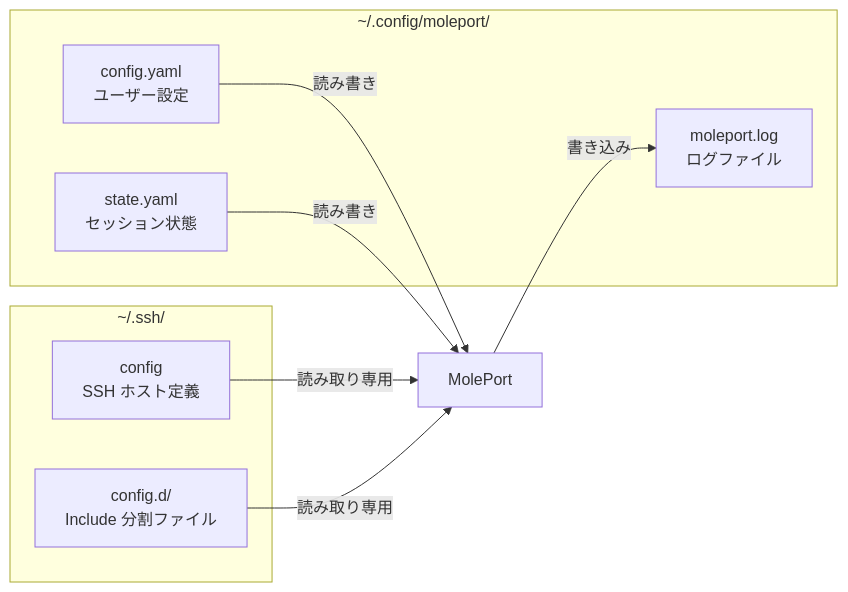
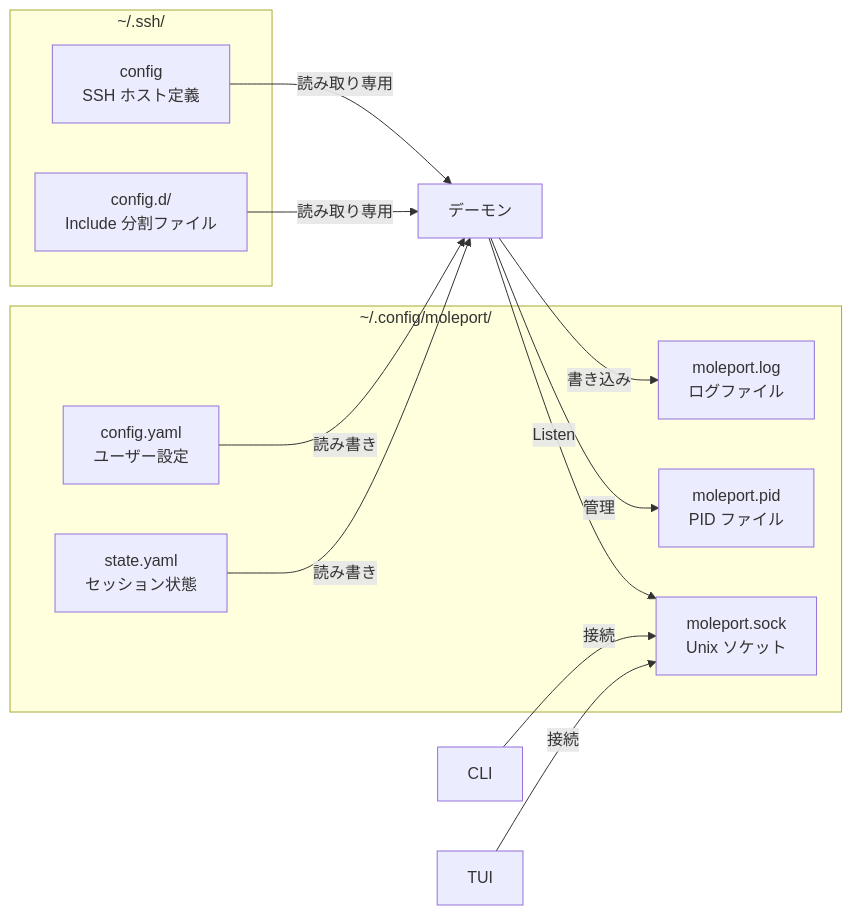
Before and after one commit to ousiassllc/MolePort: the first of 4 diagrams in docs/architecture/data-model.md, drawn with Mermaid. The commit also changed other lines of this file, not shown here.

````diff
--- a/docs/architecture/data-model.md
+++ b/docs/architecture/data-model.md
@@ -10,19 +11,26 @@
 ```mermaid
 graph LR
     subgraph "~/.config/moleport/"
         Config["config.yaml<br/>ユーザー設定"]
         State["state.yaml<br/>セッション状態"]
         Log["moleport.log<br/>ログファイル"]
+        PID["moleport.pid<br/>PID ファイル"]
+        Sock["moleport.sock<br/>Unix ソケット"]
     end
 
     subgraph "~/.ssh/"
         SSHConfig["config<br/>SSH ホスト定義"]
         SSHConfigD["config.d/<br/>Include 分割ファイル"]
     end
 
-    SSHConfig --> |読み取り専用| App["MolePort"]
-    SSHConfigD --> |読み取り専用| App
-    Config --> |読み書き| App
-    State --> |読み書き| App
-    App --> |書き込み| Log
+    SSHConfig --> |読み取り専用| Daemon["デーモン"]
+    SSHConfigD --> |読み取り専用| Daemon
+    Config --> |読み書き| Daemon
+    State --> |読み書き| Daemon
+    Daemon --> |書き込み| Log
+    Daemon --> |管理| PID
+    Daemon --> |Listen| Sock
+
+    CLI["CLI"] --> |接続| Sock
+    TUI["TUI"] --> |接続| Sock
 ```
````
